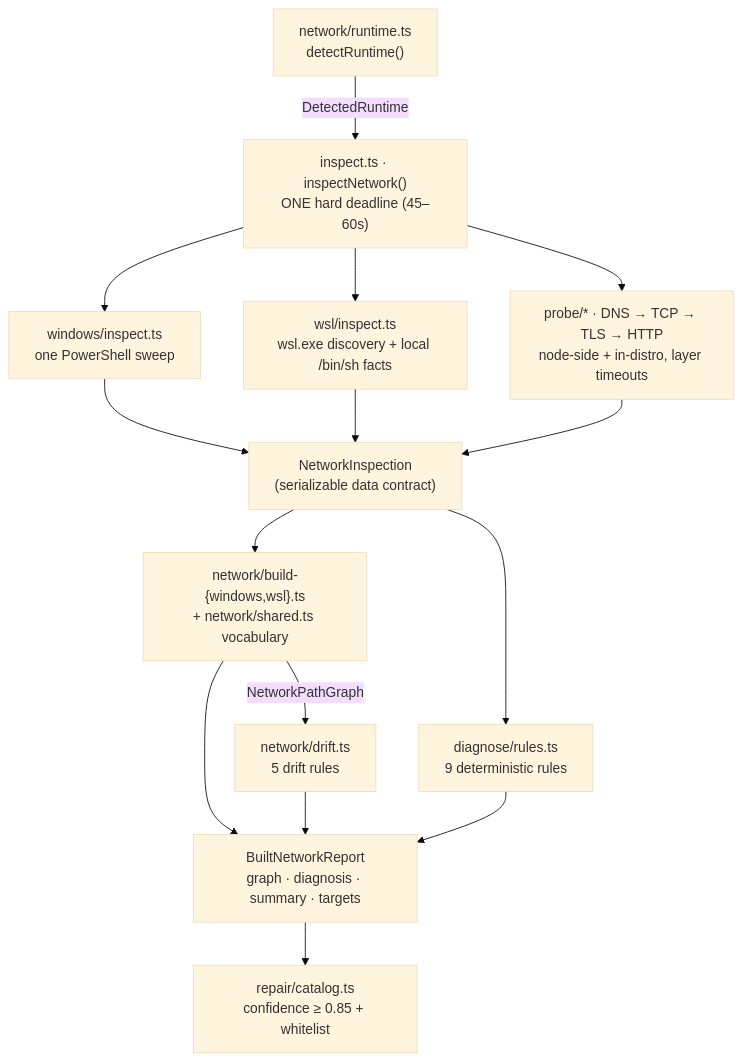
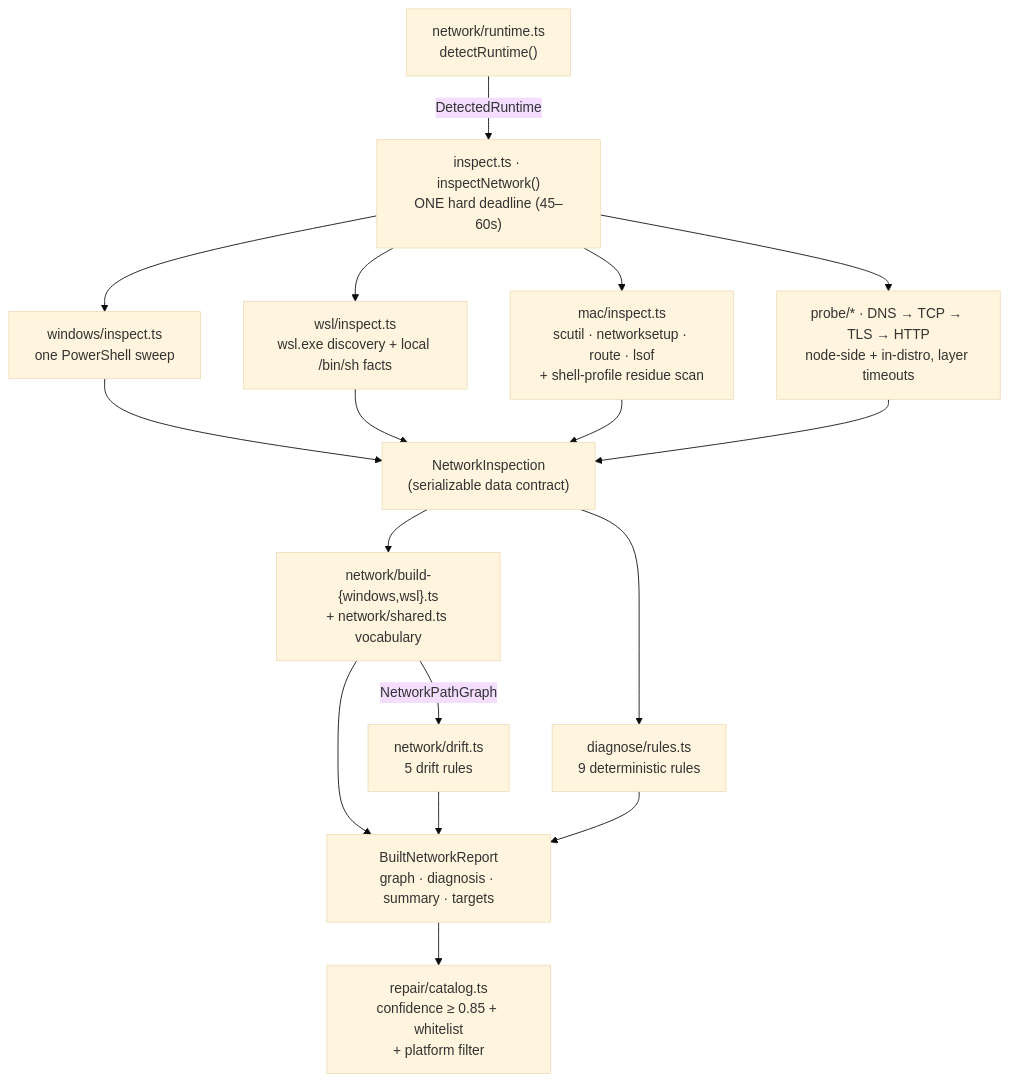
One commit to kanneiren/dsh-network-settings changed the second of 6 diagrams in docs/architecture.md. Above: the diagram before and after it, drawn with Mermaid (base theme). The commit also changed other lines of this file and 6 other files, not shown here.

First line of the commit message:
feat(macOS): UI adaptation + comprehensive docs/architecture update

````diff
--- a/docs/architecture.md
+++ b/docs/architecture.md
@@ -33,26 +33,28 @@
 ```mermaid
 flowchart TB
   RT["network/runtime.ts<br/>detectRuntime()"]
   INS["inspect.ts · inspectNetwork()<br/>ONE hard deadline (45–60s)"]
   WIN["windows/inspect.ts<br/>one PowerShell sweep"]
   WSL["wsl/inspect.ts<br/>wsl.exe discovery + local /bin/sh facts"]
+  MAC["mac/inspect.ts<br/>scutil · networksetup · route · lsof<br/>+ shell-profile residue scan"]
   PRB["probe/* · DNS → TCP → TLS → HTTP<br/>node-side + in-distro, layer timeouts"]
   INSPECTION["NetworkInspection<br/>(serializable data contract)"]
   GRAPH["network/build-{windows,wsl}.ts<br/>+ network/shared.ts vocabulary"]
   DRIFT["network/drift.ts<br/>5 drift rules"]
   RULES["diagnose/rules.ts<br/>9 deterministic rules"]
-  GATE["repair/catalog.ts<br/>confidence ≥ 0.85 + whitelist"]
+  GATE["repair/catalog.ts<br/>confidence ≥ 0.85 + whitelist<br/>+ platform filter"]
   REPORT["BuiltNetworkReport<br/>graph · diagnosis · summary · targets"]
 
   RT -->|"DetectedRuntime"| INS
   INS --> WIN --> INSPECTION
   INS --> WSL --> INSPECTION
+  INS --> MAC --> INSPECTION
   INS --> PRB --> INSPECTION
   INSPECTION --> GRAPH
   GRAPH -->|"NetworkPathGraph"| DRIFT
   INSPECTION --> RULES
   GRAPH --> REPORT
   DRIFT --> REPORT
   RULES --> REPORT
   REPORT --> GATE
 ```
````
